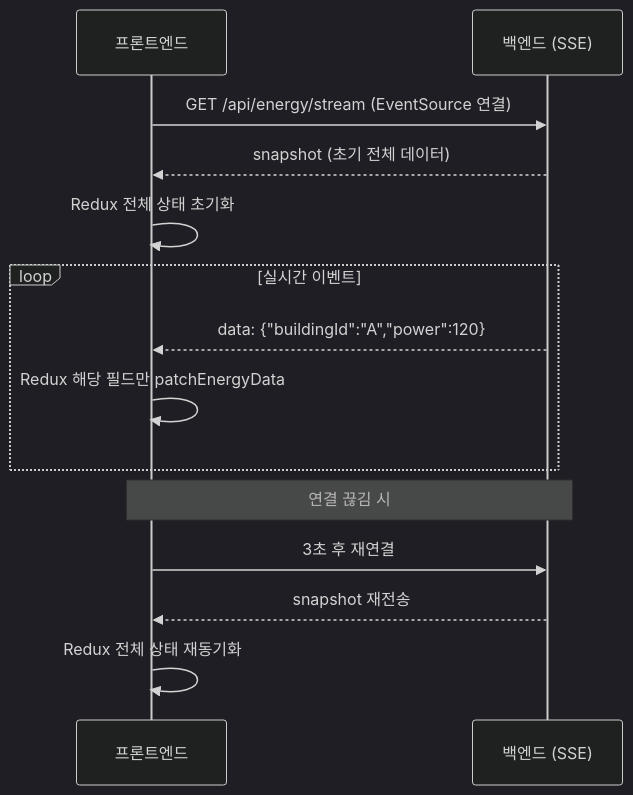
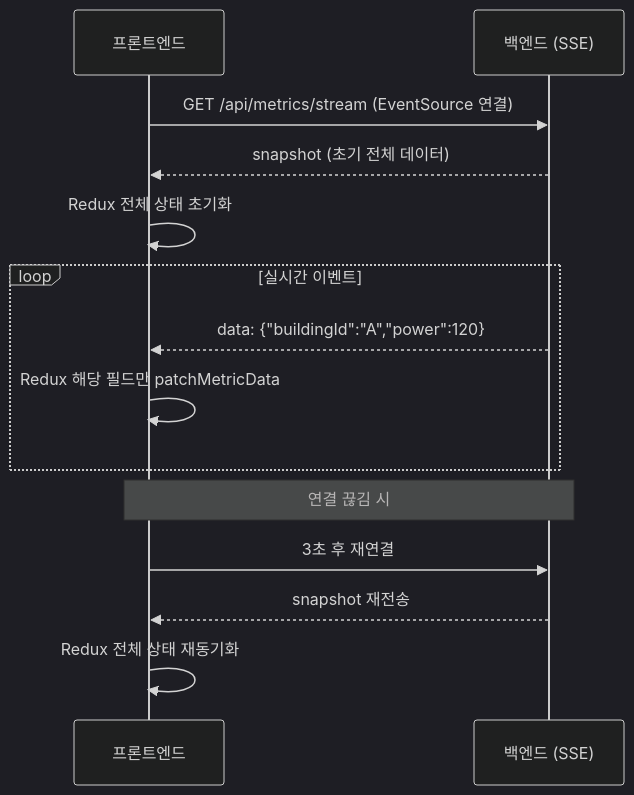
One commit to kyungchan3007/-portfolio changed the diagram in docs/realtime/sse-vs-polling.md. Above: the diagram before and after it, drawn with Mermaid (dark theme). The commit also changed other lines of this file and 15 other files, not shown here.

````diff
--- a/docs/realtime/sse-vs-polling.md
+++ b/docs/realtime/sse-vs-polling.md
@@ -165,19 +162,19 @@
 ```mermaid
 sequenceDiagram
     participant FE as 프론트엔드
     participant BE as 백엔드 (SSE)
 
-    FE->>BE: GET /api/energy/stream (EventSource 연결)
+    FE->>BE: GET /api/metrics/stream (EventSource 연결)
     BE-->>FE: snapshot (초기 전체 데이터)
     FE->>FE: Redux 전체 상태 초기화
 
     loop 실시간 이벤트
         BE-->>FE: data: {"buildingId":"A","power":120}
-        FE->>FE: Redux 해당 필드만 patchEnergyData
+        FE->>FE: Redux 해당 필드만 patchMetricData
     end
 
     Note over FE,BE: 연결 끊김 시
     FE->>BE: 3초 후 재연결
     BE-->>FE: snapshot 재전송
     FE->>FE: Redux 전체 상태 재동기화
 ```
````
